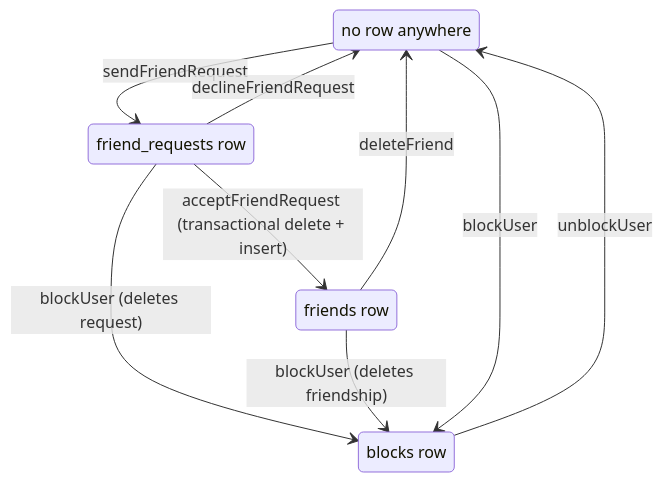
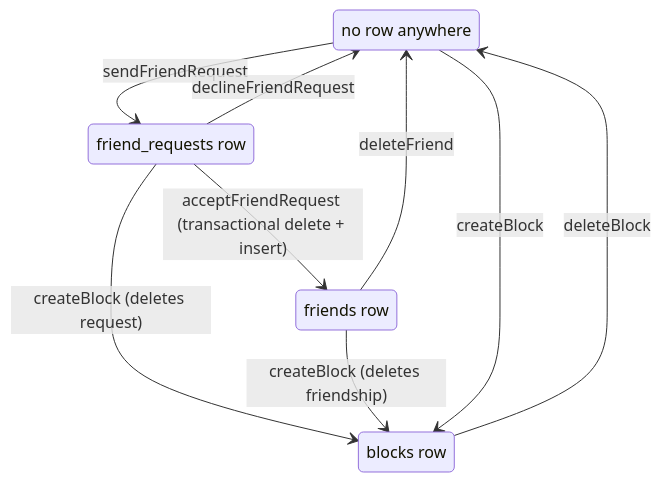
Before and after one commit to Esposter/Esposter: the diagram in apps/web/content/docs/esbabbler/friends-and-dms.md, drawn with Mermaid. The commit also changed 2 other files, not shown here.

Commit message:
docs: the block transitions, the scene map and the room-search store carry their current names
The friends state diagram labels its block edges `createBlock` and `deleteBlock`, the names the Procedures
table beside it already lists; the dungeons key-files table points at `SceneComponentMap.ts`; and the search
example declares `useRoomSearchStore`, which is what the store exports and what that page's own key-files row
names.

Drains: 5211310002

````diff
--- a/apps/web/content/docs/esbabbler/friends-and-dms.md
+++ b/apps/web/content/docs/esbabbler/friends-and-dms.md
@@ -14,16 +14,16 @@
 ```mermaid
 stateDiagram-v2
     None: no row anywhere
     Pending: friend_requests row
     Friends: friends row
     Blocked: blocks row
 
     None --> Pending: sendFriendRequest
     Pending --> Friends: acceptFriendRequest (transactional delete + insert)
     Pending --> None: declineFriendRequest
     Friends --> None: deleteFriend
-    Pending --> Blocked: blockUser (deletes request)
-    Friends --> Blocked: blockUser (deletes friendship)
-    None --> Blocked: blockUser
-    Blocked --> None: unblockUser
+    Pending --> Blocked: createBlock (deletes request)
+    Friends --> Blocked: createBlock (deletes friendship)
+    None --> Blocked: createBlock
+    Blocked --> None: deleteBlock
 ```
````
